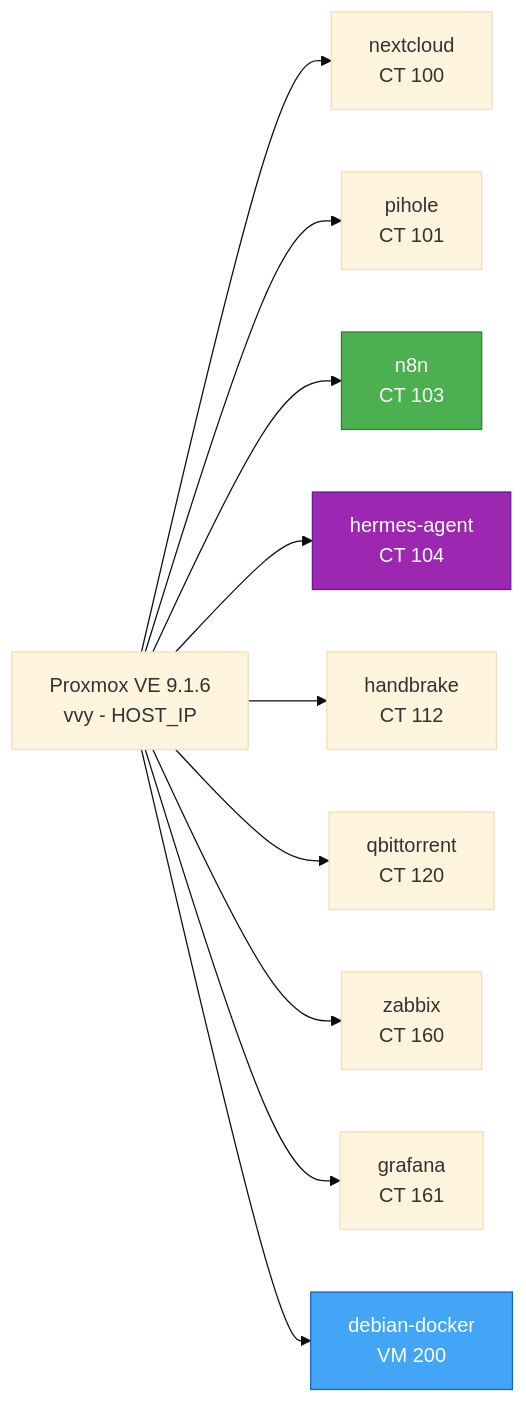
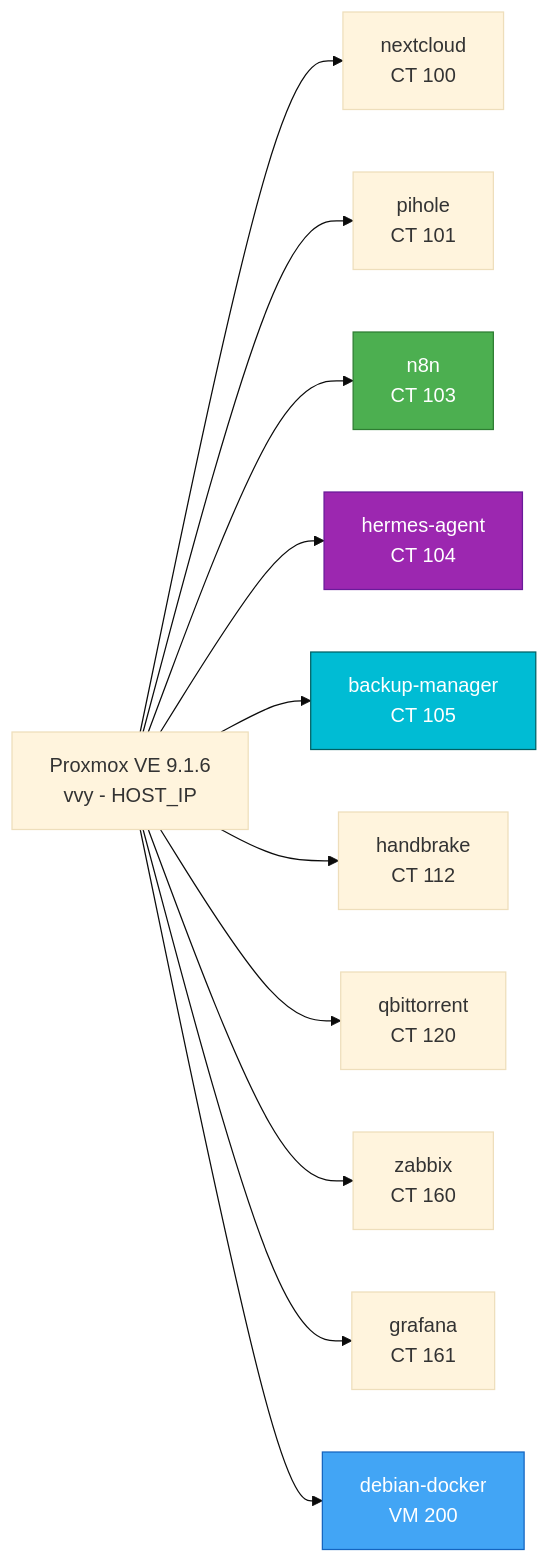
The diagram in docs/proxmox-setup.md (mviniciusy/vvy-homelab), drawn with Mermaid (base theme) before and after one commit. The commit also changed other lines of this file and 4 other files, not shown here.

Commit message:
docs: CT 105 backup-manager — rclone + Google Drive + Web GUI

````diff
--- a/docs/proxmox-setup.md
+++ b/docs/proxmox-setup.md
@@ -15,17 +15,19 @@
 ```mermaid
 graph LR
     PVE[Proxmox VE 9.1.6<br/>vvy - HOST_IP] --> LXC100[nextcloud<br/>CT 100]
     PVE --> LXC101[pihole<br/>CT 101]
    
     PVE --> LXC103[n8n<br/>CT 103]
     PVE --> LXC104[hermes-agent<br/>CT 104]
+    PVE --> LXC105[backup-manager<br/>CT 105]
     PVE --> LXC112[handbrake<br/>CT 112]
     PVE --> LXC120[qbittorrent<br/>CT 120]
     PVE --> LXC160[zabbix<br/>CT 160]
     PVE --> LXC161[grafana<br/>CT 161]
     PVE --> VM200[debian-docker<br/>VM 200]
 
        style LXC103 fill:#4caf50,stroke:#2e7d32,color:#fff
     style LXC104 fill:#9c27b0,stroke:#6a1b9a,color:#fff
+    style LXC105 fill:#00bcd4,stroke:#006064,color:#fff
     style VM200 fill:#42a5f5,stroke:#1565c0,color:#fff
 ```
````
